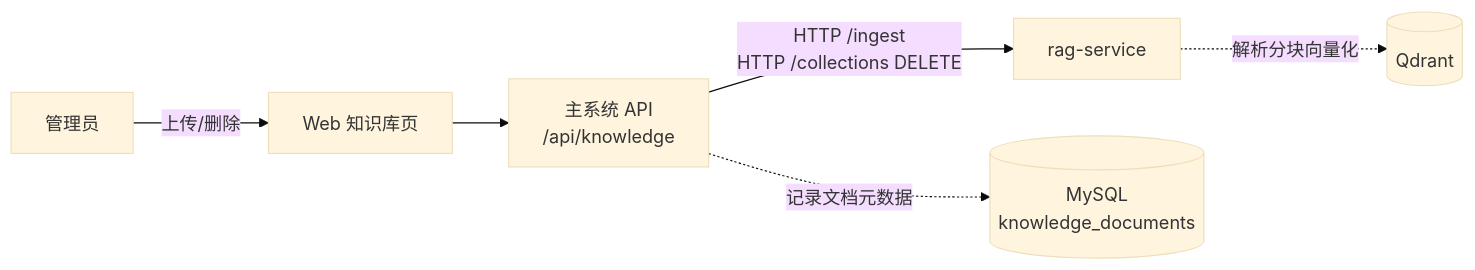
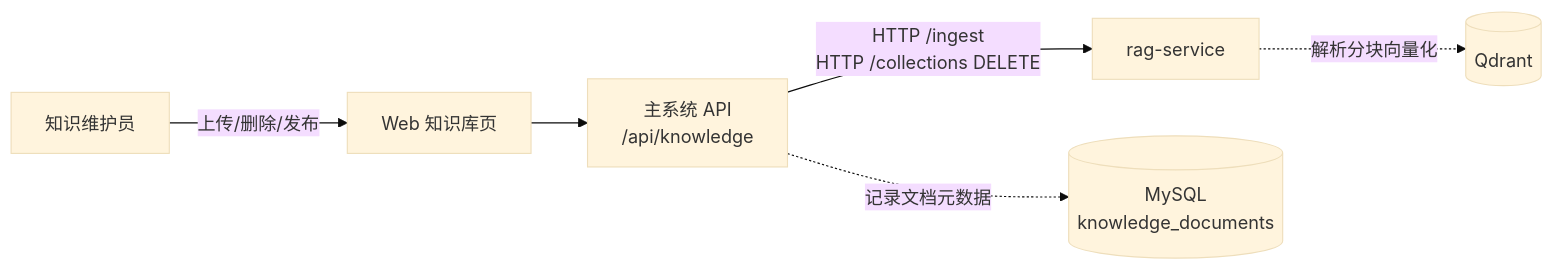
One commit to ArtLjn/ai-agent-learning changed the first of 2 diagrams in docs/design-spec/01_正式设计/04_知识库与RAG设计.md. Above: the diagram before and after it, drawn with Mermaid (base theme). The commit also changed other lines of this file and 39 other files, not shown here.

````diff
--- a/docs/design-spec/01_正式设计/04_知识库与RAG设计.md
+++ b/docs/design-spec/01_正式设计/04_知识库与RAG设计.md
@@ -35,8 +35,8 @@
 ```mermaid
 flowchart LR
-    Admin[管理员] -->|上传/删除| WebUI[Web 知识库页]
+    Admin[知识维护员] -->|上传/删除/发布| WebUI[Web 知识库页]
     WebUI --> API[主系统 API<br/>/api/knowledge]
     API -->|HTTP /ingest<br/>HTTP /collections DELETE| Rag[rag-service]
     Rag -.解析分块向量化.-> Qdrant[(Qdrant)]
     API -.记录文档元数据.-> DB[(MySQL<br/>knowledge_documents)]
 ```
````
